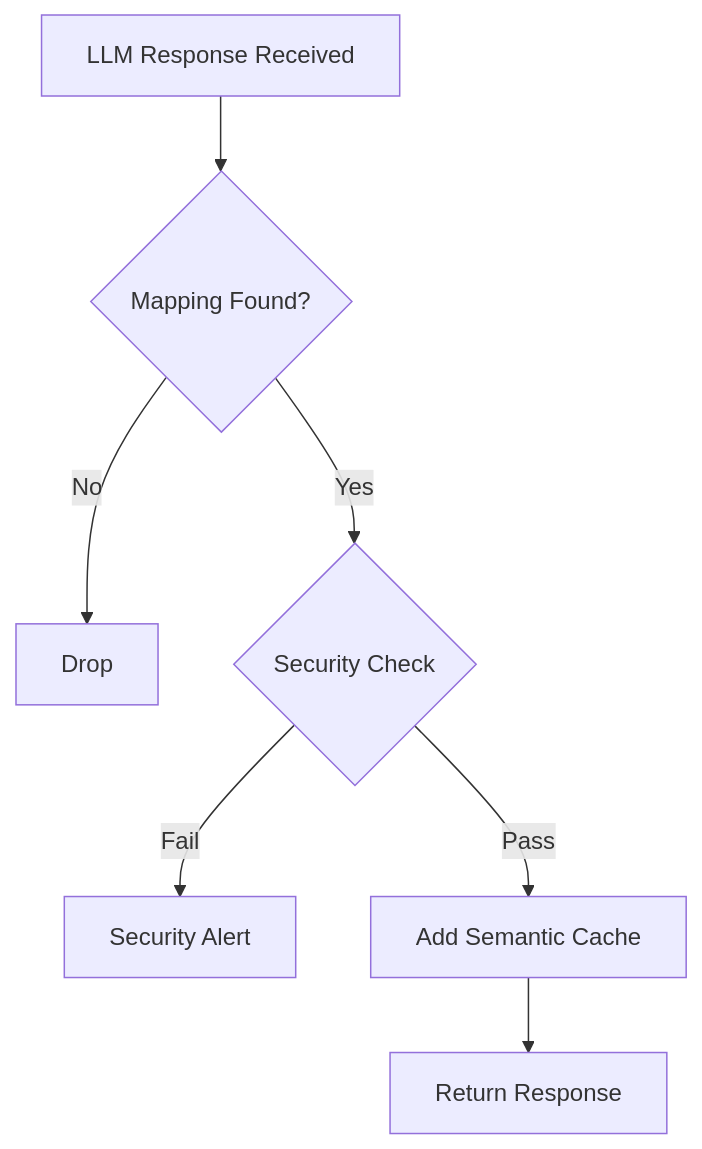
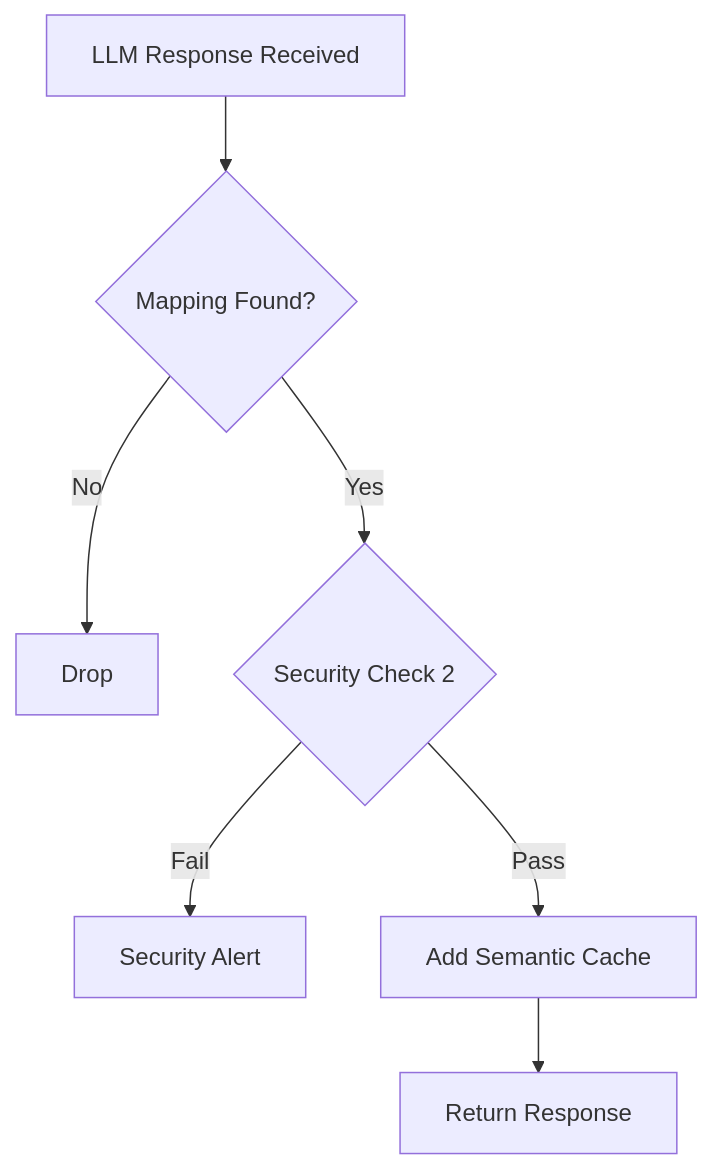
The second of 3 diagrams in ase_llm_load_balancer.md (puyanguvic/semenatic_routing_and_load_balance), drawn with Mermaid before and after one commit. The commit also changed other lines of this file, not shown here.

Commit message:
Clarify cache hit and security check labels

````diff
--- a/ase_llm_load_balancer.md
+++ b/ase_llm_load_balancer.md
@@ -81,12 +81,12 @@
 ```mermaid
 flowchart TD
     A[LLM Response Received] --> B{Mapping Found?}
 
     B -- No --> DROP[Drop]
 
-    B -- Yes --> C{Security Check}
+    B -- Yes --> C{Security Check 2}
     C -- Fail --> ALERT[Security Alert]
 
     C -- Pass --> D[Add Semantic Cache]
     D --> F[Return Response]
 ```
````
